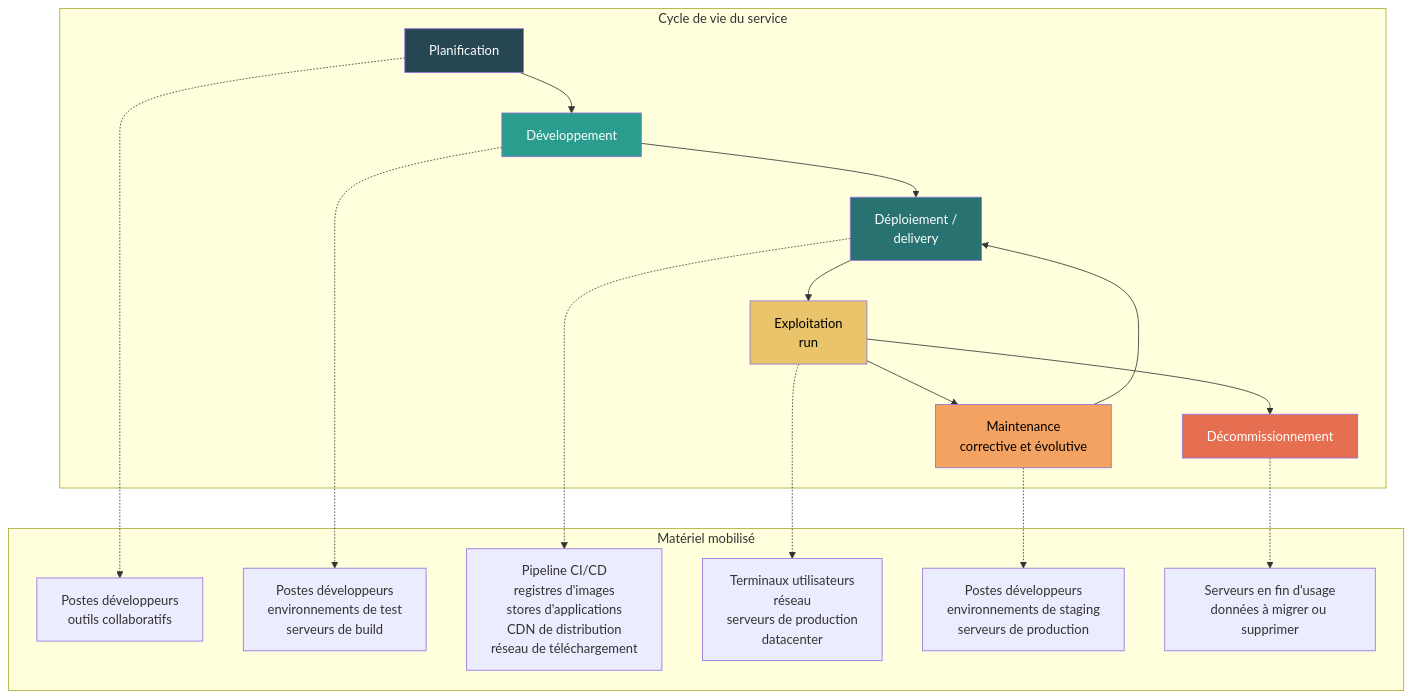
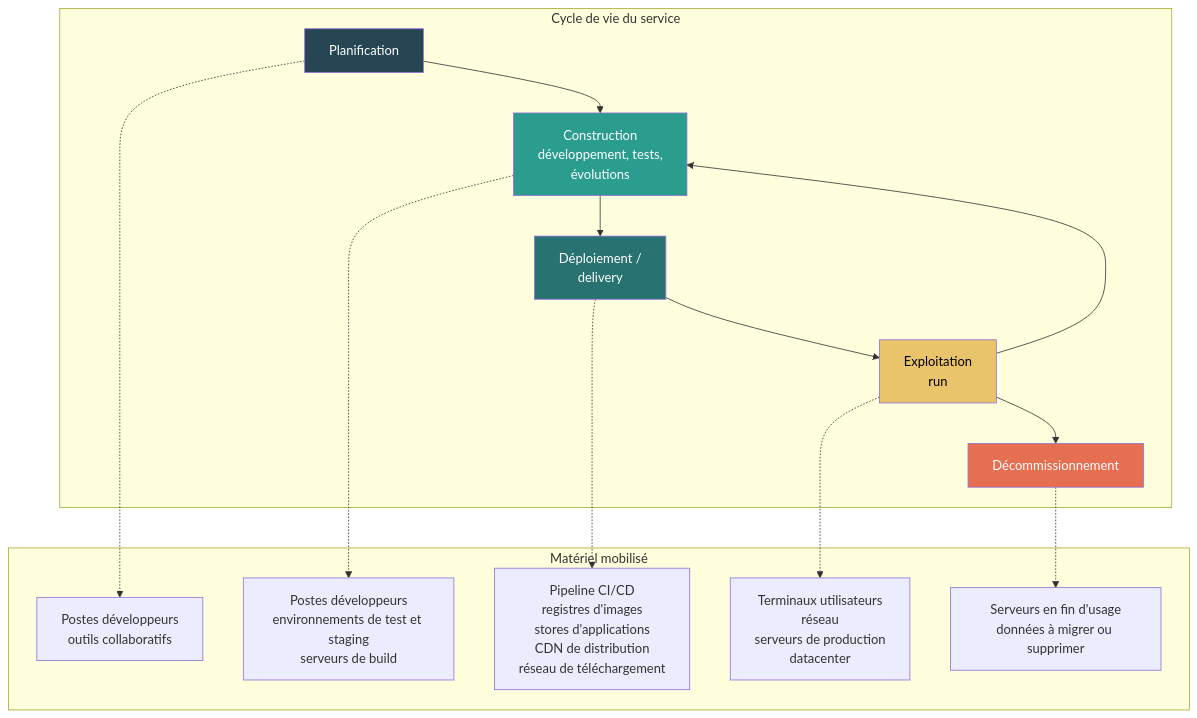
Before and after one commit to digital4better/methodology: the third of 3 diagrams in docs/fondations/principes-acv-appliques-au-numerique.md, drawn with Mermaid. The commit also changed other lines of this file, not shown here.

First line of the commit message:
Merge development and maintenance into a single Construction phase

````diff
--- a/docs/fondations/principes-acv-appliques-au-numerique.md
+++ b/docs/fondations/principes-acv-appliques-au-numerique.md
@@ -118,34 +118,30 @@
 ```mermaid
 flowchart TD
     subgraph "Cycle de vie du service"
-        S1[Planification] --> S2[Développement]
+        S1[Planification] --> S2[Construction<br>développement, tests,<br>évolutions]
         S2 --> S2b[Déploiement /<br>delivery]
         S2b --> S3[Exploitation<br>run]
-        S3 --> S4[Maintenance<br>corrective et évolutive]
-        S4 --> S2b
+        S3 --> S2
         S3 --> S5[Décommissionnement]
     end
 
     subgraph "Matériel mobilisé"
         M1[Postes développeurs<br>outils collaboratifs]
-        M2[Postes développeurs<br>environnements de test<br>serveurs de build]
+        M2[Postes développeurs<br>environnements de test et staging<br>serveurs de build]
         M2b[Pipeline CI/CD<br>registres d'images<br>stores d'applications<br>CDN de distribution<br>réseau de téléchargement]
         M3[Terminaux utilisateurs<br>réseau<br>serveurs de production<br>datacenter]
-        M4[Postes développeurs<br>environnements de staging<br>serveurs de production]
         M5[Serveurs en fin d'usage<br>données à migrer ou supprimer]
     end
 
     S1 -.-> M1
     S2 -.-> M2
     S2b -.-> M2b
     S3 -.-> M3
-    S4 -.-> M4
     S5 -.-> M5
 
     style S1 fill:#264653,color:#fff
     style S2 fill:#2a9d8f,color:#fff
     style S2b fill:#287271,color:#fff
     style S3 fill:#e9c46a,color:#000
-    style S4 fill:#f4a261,color:#000
     style S5 fill:#e76f51,color:#fff
 ```
````
